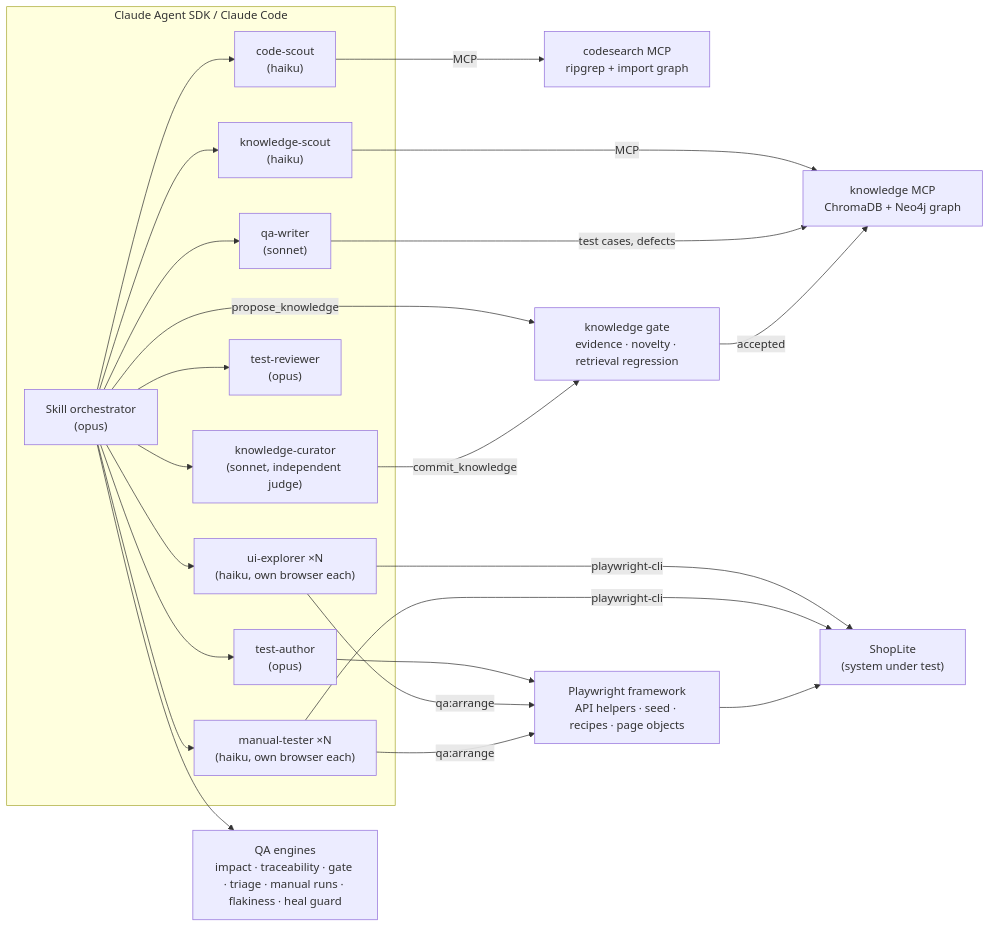
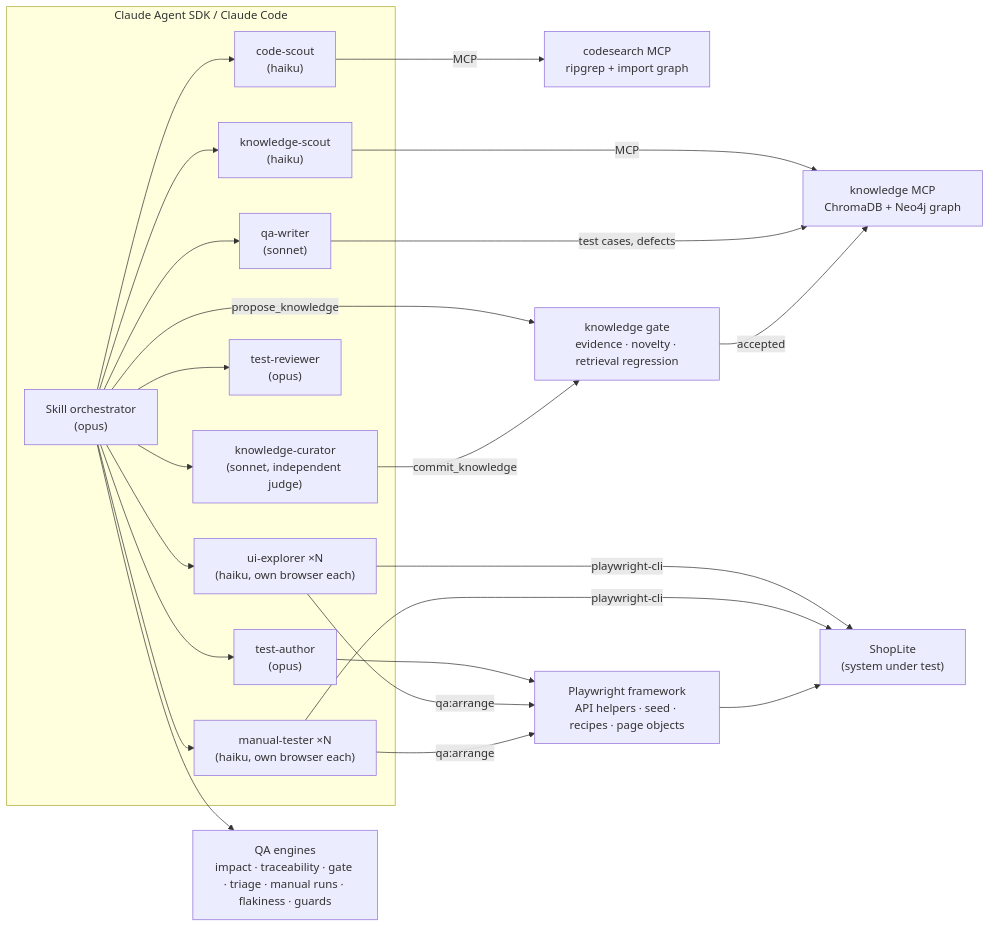
Before and after one commit to Releaseworthy/agentic-qa: the diagram in README.md, drawn with Mermaid. The commit also changed other lines of this file and 6 other files, not shown here.

````diff
--- a/README.md
+++ b/README.md
@@ -53,26 +65,26 @@
 ```mermaid
 flowchart LR
   subgraph Agents["Claude Agent SDK / Claude Code"]
     O["Skill orchestrator<br/>(opus)"] --> KS["knowledge-scout<br/>(haiku)"]
     O --> CS["code-scout<br/>(haiku)"]
     O --> UX["ui-explorer ×N<br/>(haiku, own browser each)"]
     O --> TA["test-author<br/>(opus)"]
     O --> TR["test-reviewer<br/>(opus)"]
     O --> QW["qa-writer<br/>(sonnet)"]
     O --> MT["manual-tester ×N<br/>(haiku, own browser each)"]
     O --> KC["knowledge-curator<br/>(sonnet, independent judge)"]
   end
   KS -->|MCP| RAG["knowledge MCP<br/>ChromaDB + Neo4j graph"]
   CS -->|MCP| CODE["codesearch MCP<br/>ripgrep + import graph"]
   UX -->|playwright-cli| APP["ShopLite<br/>(system under test)"]
   MT -->|playwright-cli| APP
   TA --> FW["Playwright framework<br/>API helpers · seed · recipes · page objects"]
   UX -->|qa:arrange| FW
   MT -->|qa:arrange| FW
   FW --> APP
-  O --> ENG["QA engines<br/>impact · traceability · gate · triage · manual runs · flakiness · heal guard"]
+  O --> ENG["QA engines<br/>impact · traceability · gate · triage · manual runs · flakiness · guards"]
   QW -->|test cases, defects| RAG
   O -->|propose_knowledge| GATE["knowledge gate<br/>evidence · novelty · retrieval regression"]
   KC -->|commit_knowledge| GATE
   GATE -->|accepted| RAG
 ```
````
